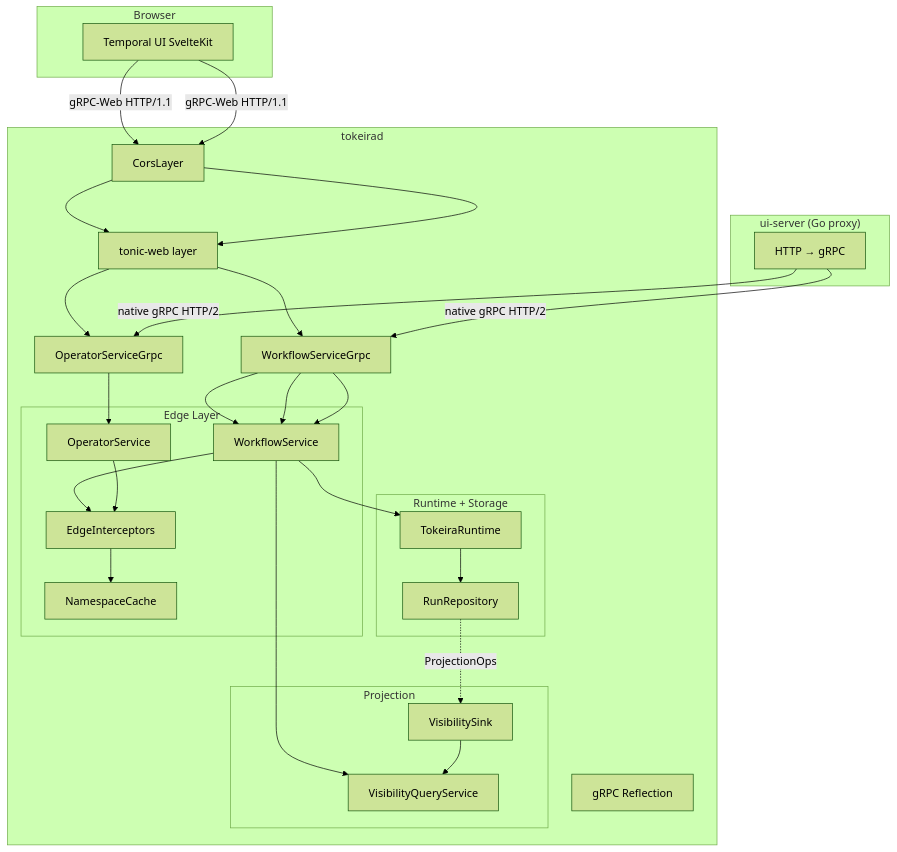
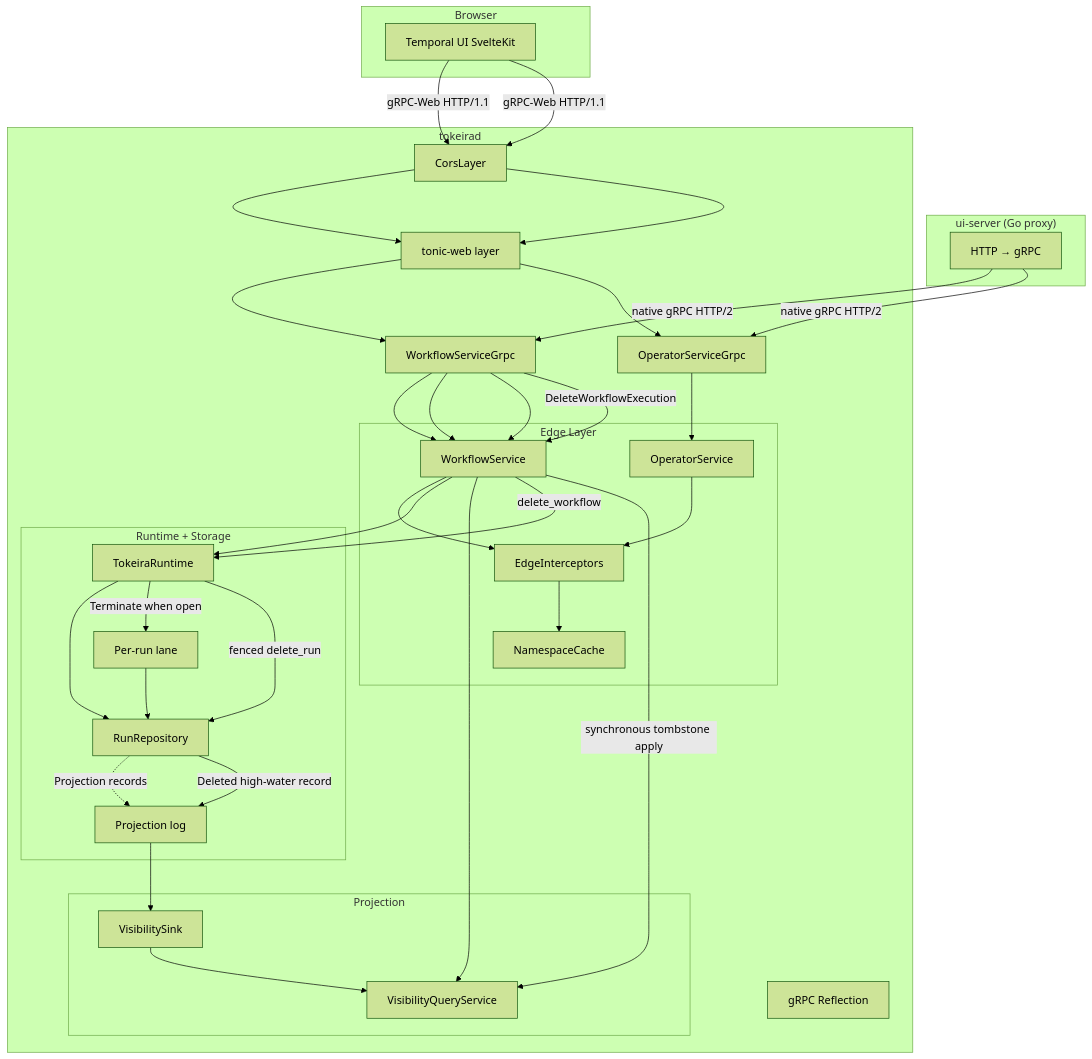
One commit to tokeira/tokeira changed the diagram in .kiro/specs/temporal-ui-support/design.md. Above: the diagram before and after it, drawn with Mermaid (forest theme). The commit also changed other lines of this file and 36 other files, not shown here.

````diff
--- a/.kiro/specs/temporal-ui-support/design.md
+++ b/.kiro/specs/temporal-ui-support/design.md
@@ -17,48 +45,57 @@
 ```mermaid
 graph TD
     subgraph Browser
         UI[Temporal UI SvelteKit]
     end
 
     subgraph "ui-server (Go proxy)"
         Proxy[HTTP → gRPC]
     end
 
     subgraph "tokeirad"
         CORS[CorsLayer]
         TW[tonic-web layer]
         WFS[WorkflowServiceGrpc]
         OPS[OperatorServiceGrpc]
         REF[gRPC Reflection]
 
         subgraph "Edge Layer"
             WS[WorkflowService]
             OS[OperatorService]
             INT[EdgeInterceptors]
             NC[NamespaceCache]
         end
 
         subgraph "Runtime + Storage"
             RT[TokeiraRuntime]
+            LANE[Per-run lane]
             REPO[RunRepository]
+            PLOG[Projection log]
         end
 
         subgraph "Projection"
             VS[VisibilitySink]
             VQS[VisibilityQueryService]
         end
     end
 
     UI -->|gRPC-Web HTTP/1.1| CORS --> TW --> WFS
     UI -->|gRPC-Web HTTP/1.1| CORS --> TW --> OPS
     Proxy -->|native gRPC HTTP/2| WFS
     Proxy -->|native gRPC HTTP/2| OPS
 
     WFS --> WS --> INT --> NC
     WFS --> WS --> RT
     WFS --> WS --> VQS
     OPS --> OS --> INT
 
     RT --> REPO
-    REPO -.->|ProjectionOps| VS --> VQS
+    REPO -.->|Projection records| PLOG --> VS --> VQS
+
+    WFS -->|DeleteWorkflowExecution| WS
+    WS -->|delete_workflow| RT
+    RT -->|Terminate when open| LANE --> REPO
+    RT -->|fenced delete_run| REPO
+    REPO -->|Deleted high-water record| PLOG
+    WS -->|synchronous tombstone apply| VQS
 ```
````
